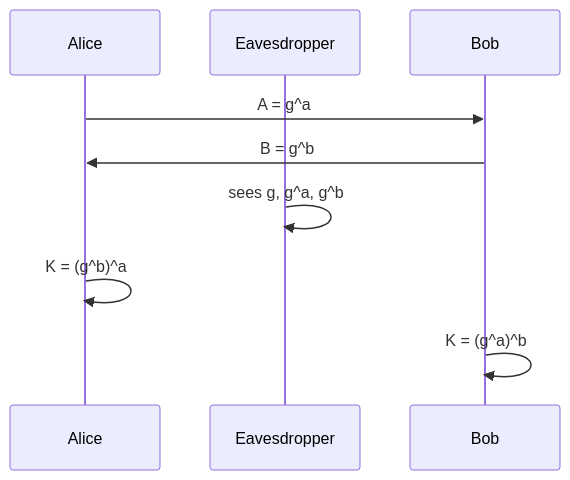
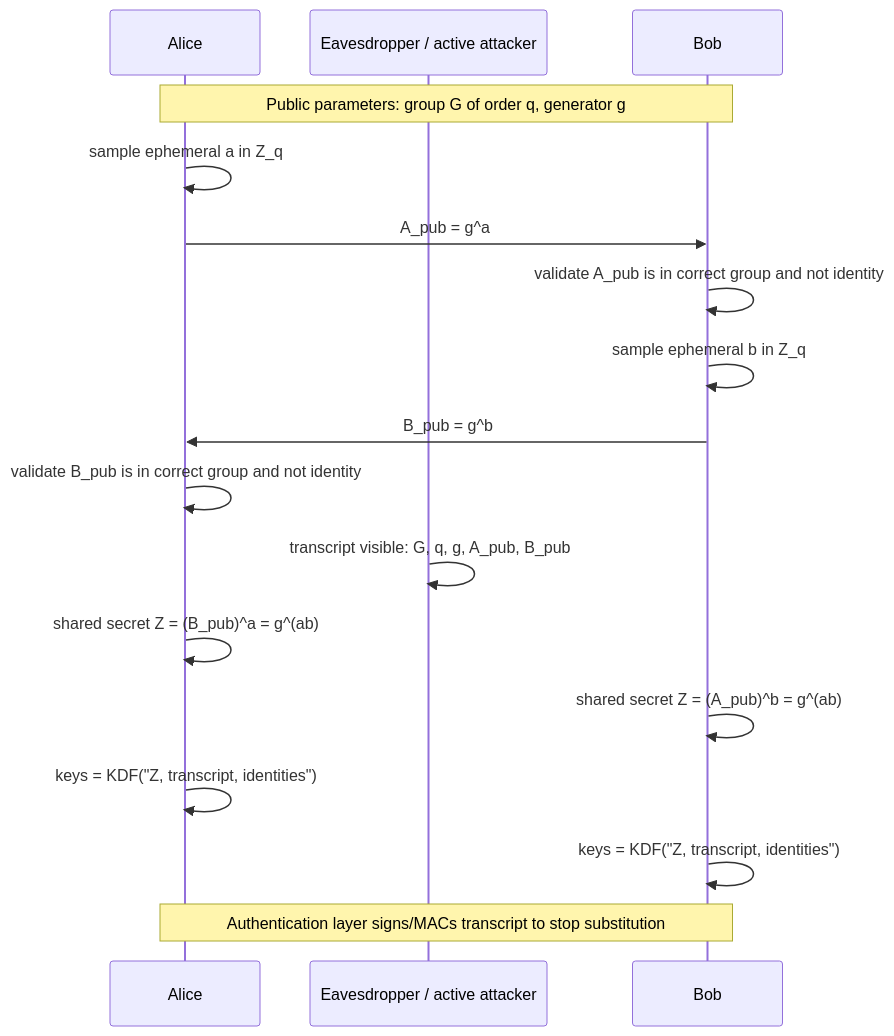
The diagram in docs/cs/cryptography/discrete-log-diffie-hellman.md (justinbrianhwang/SJ-wiki), drawn with Mermaid before and after one commit. The commit also changed other lines of this file and 1858 other files, not shown here.

Commit message:
Upgrade Mermaid diagrams to real architecture level across DL/CS-systems/CS-applied/QIS/Physics+Math+Chem (~728 mermaid blocks total): detailed sublayers, residuals, dimensions, shape transitions, subgraph grouping

````diff
--- a/docs/cs/cryptography/discrete-log-diffie-hellman.md
+++ b/docs/cs/cryptography/discrete-log-diffie-hellman.md
@@ -97,11 +93,19 @@
 ```mermaid
 sequenceDiagram
   participant A as Alice
-  participant E as Eavesdropper
+  participant E as Eavesdropper / active attacker
   participant B as Bob
-  A->>B: A = g^a
-  B->>A: B = g^b
-  E->>E: sees g, g^a, g^b
-  A->>A: K = (g^b)^a
-  B->>B: K = (g^a)^b
+  Note over A,B: Public parameters: group G of order q, generator g
+  A->>A: sample ephemeral a in Z_q
+  A->>B: A_pub = g^a
+  B->>B: validate A_pub is in correct group and not identity
+  B->>B: sample ephemeral b in Z_q
+  B->>A: B_pub = g^b
+  A->>A: validate B_pub is in correct group and not identity
+  E->>E: transcript visible: G, q, g, A_pub, B_pub
+  A->>A: shared secret Z = (B_pub)^a = g^(ab)
+  B->>B: shared secret Z = (A_pub)^b = g^(ab)
+  A->>A: keys = KDF("Z, transcript, identities")
+  B->>B: keys = KDF("Z, transcript, identities")
+  Note over A,B: Authentication layer signs/MACs transcript to stop substitution
 ```
````
